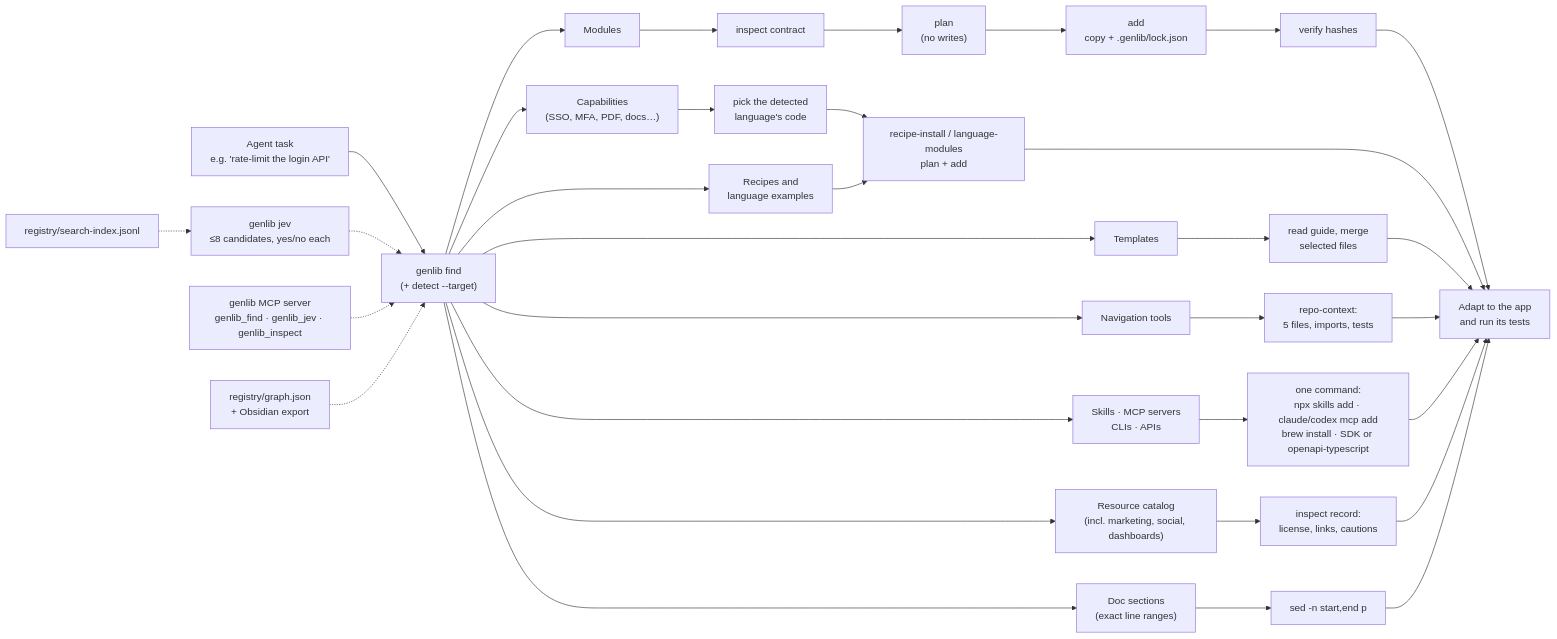
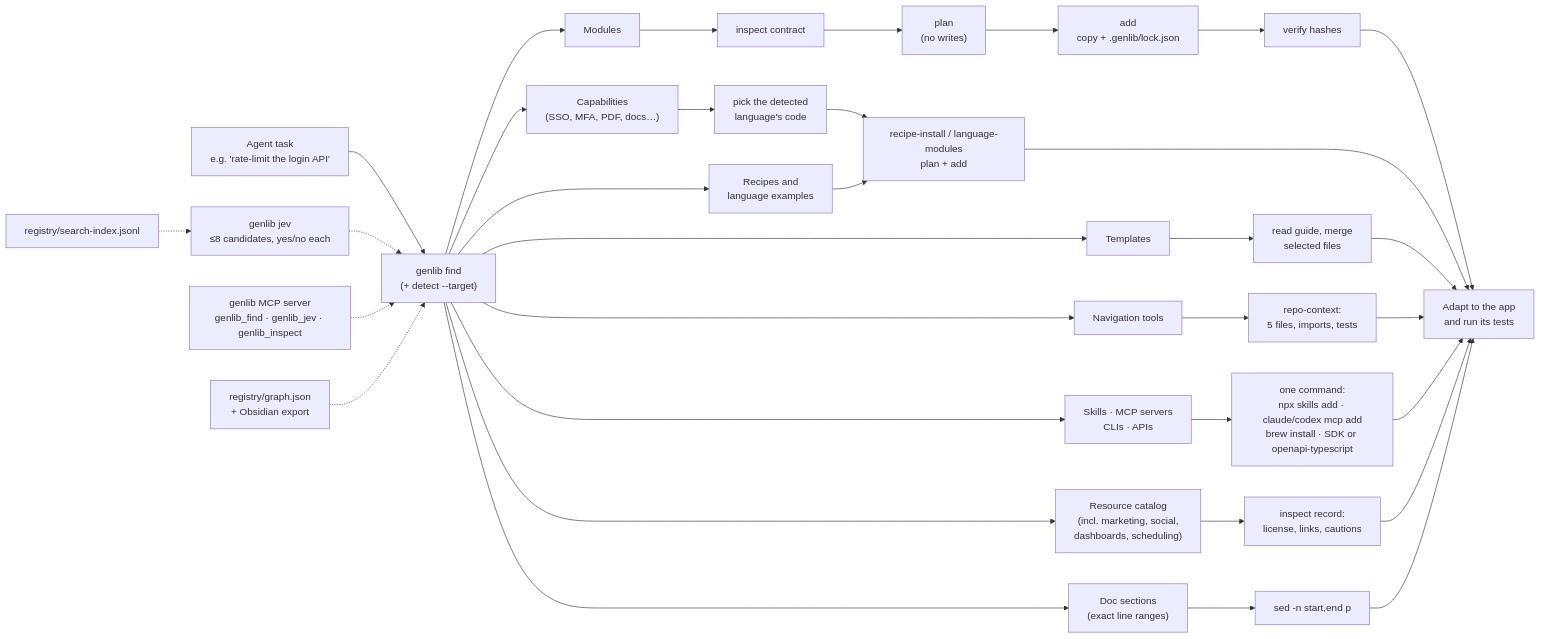
The diagram in README.md (athompson83/genlib), drawn with Mermaid before and after one commit. The commit also changed 6 other files, not shown here.

````diff
--- a/README.md
+++ b/README.md
@@ -54,24 +54,24 @@
 ```mermaid
 flowchart LR
   Task["Agent task<br/>e.g. 'rate-limit the login API'"] --> Find["genlib find<br/>(+ detect --target)"]
   Find --> C["Capabilities<br/>(SSO, MFA, PDF, docs…)"]
   Find --> M["Modules"]
   Find --> R["Recipes and<br/>language examples"]
   Find --> T["Templates"]
   Find --> N["Navigation tools"]
   Find --> S["Skills · MCP servers<br/>CLIs · APIs"]
-  Find --> X["Resource catalog<br/>(incl. marketing, social, dashboards)"]
+  Find --> X["Resource catalog<br/>(incl. marketing, social,<br/>dashboards, scheduling)"]
   Find --> D["Doc sections<br/>(exact line ranges)"]
   Jev["genlib jev<br/>≤8 candidates, yes/no each"] -.-> Find
   Index["registry/search-index.jsonl"] -.-> Jev
   MCP["genlib MCP server<br/>genlib_find · genlib_jev · genlib_inspect"] -.-> Find
   Graph["registry/graph.json<br/>+ Obsidian export"] -.-> Find
   M --> Inspect["inspect contract"] --> Plan["plan<br/>(no writes)"] --> Add["add<br/>copy + .genlib/lock.json"] --> Verify["verify hashes"] --> App["Adapt to the app<br/>and run its tests"]
   C --> Lang["pick the detected<br/>language's code"] --> Copy
   R --> Copy["recipe-install / language-modules<br/>plan + add"] --> App
   T --> Merge["read guide, merge<br/>selected files"] --> App
   N --> Context["repo-context:<br/>5 files, imports, tests"] --> App
   S --> SkillAdd["one command:<br/>npx skills add · claude/codex mcp add<br/>brew install · SDK or openapi-typescript"] --> App
   X --> Adopt["inspect record:<br/>license, links, cautions"] --> App
   D --> Section["sed -n start,end p"] --> App
 ```
````
